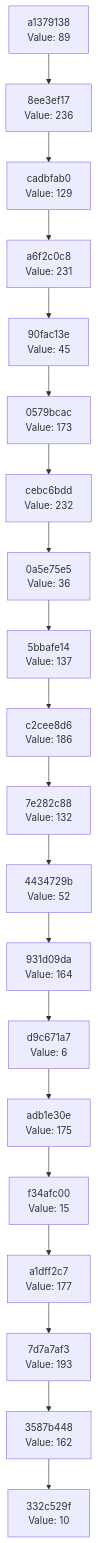
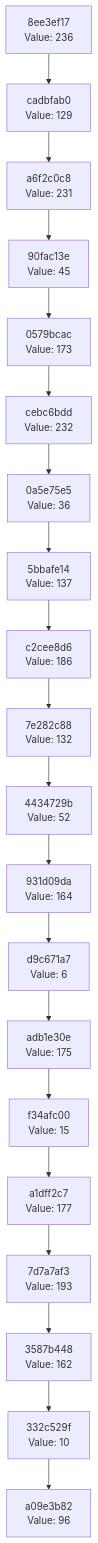
The diagram in docs/CHAIN_VISUALIZATION.md (Abhisheksinha1506/hash-chain-evolver), drawn with Mermaid before and after one commit. The commit also changed 3 other files, not shown here.

````diff
--- a/docs/CHAIN_VISUALIZATION.md
+++ b/docs/CHAIN_VISUALIZATION.md
@@ -3,42 +3,42 @@
 ```mermaid
 graph TD
-    C0["332c529f<br/>Value: 10"]
-    C1["3587b448<br/>Value: 162"]
+    C0["a09e3b82<br/>Value: 96"]
+    C1["332c529f<br/>Value: 10"]
     C1 --> C0
-    C2["7d7a7af3<br/>Value: 193"]
+    C2["3587b448<br/>Value: 162"]
     C2 --> C1
-    C3["a1dff2c7<br/>Value: 177"]
+    C3["7d7a7af3<br/>Value: 193"]
     C3 --> C2
-    C4["f34afc00<br/>Value: 15"]
+    C4["a1dff2c7<br/>Value: 177"]
     C4 --> C3
-    C5["adb1e30e<br/>Value: 175"]
+    C5["f34afc00<br/>Value: 15"]
     C5 --> C4
-    C6["d9c671a7<br/>Value: 6"]
+    C6["adb1e30e<br/>Value: 175"]
     C6 --> C5
-    C7["931d09da<br/>Value: 164"]
+    C7["d9c671a7<br/>Value: 6"]
     C7 --> C6
-    C8["4434729b<br/>Value: 52"]
+    C8["931d09da<br/>Value: 164"]
     C8 --> C7
-    C9["7e282c88<br/>Value: 132"]
+    C9["4434729b<br/>Value: 52"]
     C9 --> C8
-    C10["c2cee8d6<br/>Value: 186"]
+    C10["7e282c88<br/>Value: 132"]
     C10 --> C9
-    C11["5bbafe14<br/>Value: 137"]
+    C11["c2cee8d6<br/>Value: 186"]
     C11 --> C10
-    C12["0a5e75e5<br/>Value: 36"]
+    C12["5bbafe14<br/>Value: 137"]
     C12 --> C11
-    C13["cebc6bdd<br/>Value: 232"]
+    C13["0a5e75e5<br/>Value: 36"]
     C13 --> C12
-    C14["0579bcac<br/>Value: 173"]
+    C14["cebc6bdd<br/>Value: 232"]
     C14 --> C13
-    C15["90fac13e<br/>Value: 45"]
+    C15["0579bcac<br/>Value: 173"]
     C15 --> C14
-    C16["a6f2c0c8<br/>Value: 231"]
+    C16["90fac13e<br/>Value: 45"]
     C16 --> C15
-    C17["cadbfab0<br/>Value: 129"]
+    C17["a6f2c0c8<br/>Value: 231"]
     C17 --> C16
-    C18["8ee3ef17<br/>Value: 236"]
+    C18["cadbfab0<br/>Value: 129"]
     C18 --> C17
-    C19["a1379138<br/>Value: 89"]
+    C19["8ee3ef17<br/>Value: 236"]
     C19 --> C18
 ```
````
